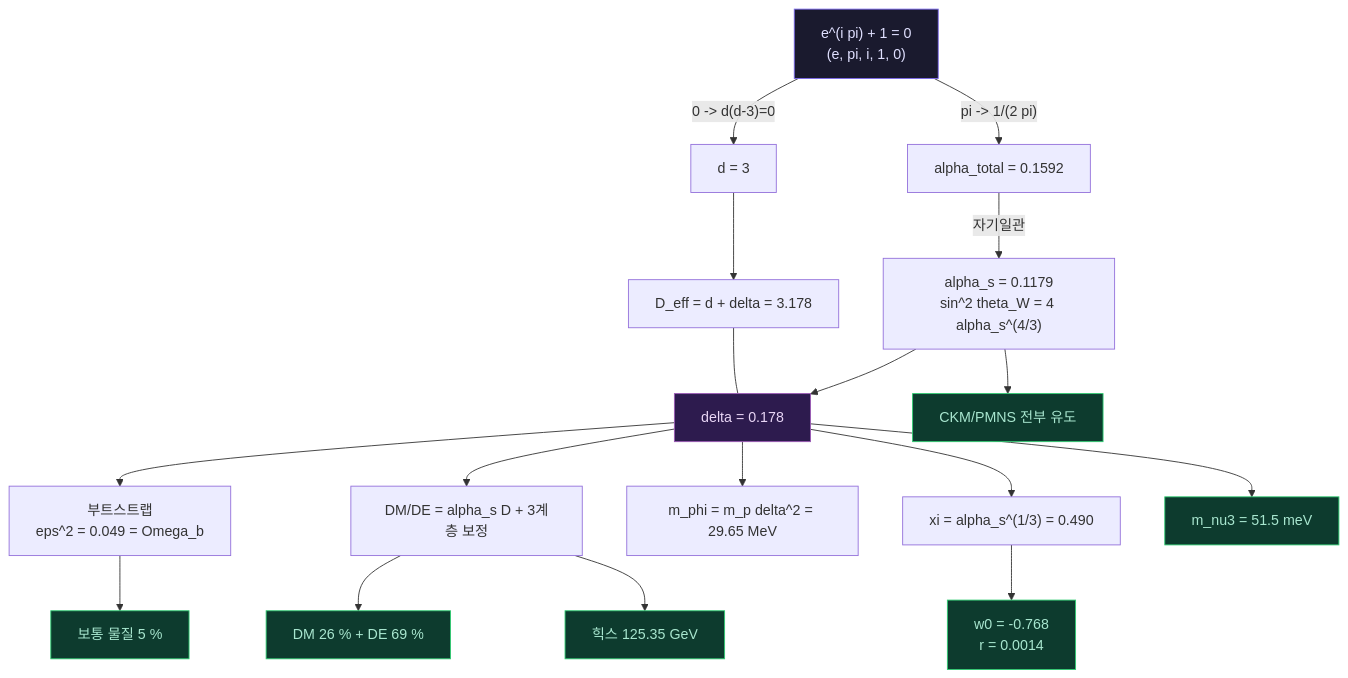
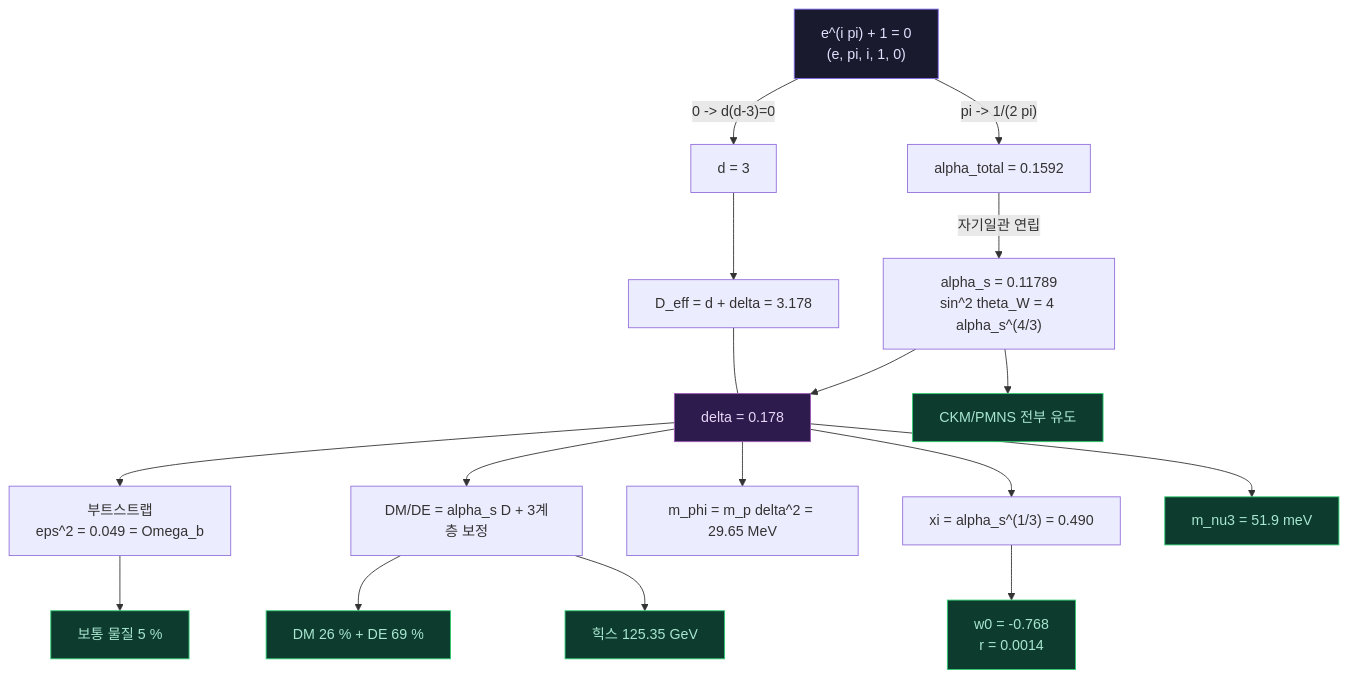
Before and after one commit to jigglypop/CE-BRAIN: the diagram in README.md, drawn with Mermaid. The commit also changed other lines of this file and 6 other files, not shown here.

````diff
--- a/README.md
+++ b/README.md
@@ -196,34 +180,34 @@
 ```mermaid
 graph TD
     E["e^(i pi) + 1 = 0<br/>(e, pi, i, 1, 0)"]
 
     E -->|"0 -> d(d-3)=0"| D["d = 3"]
     E -->|"pi -> 1/(2 pi)"| A["alpha_total = 0.1592"]
 
-    A -->|"자기일관"| AS["alpha_s = 0.1179<br/>sin^2 theta_W = 4 alpha_s^(4/3)"]
+    A -->|"자기일관 연립"| AS["alpha_s = 0.11789<br/>sin^2 theta_W = 4 alpha_s^(4/3)"]
 
     D --> DEFF["D_eff = d + delta = 3.178"]
     AS --> DELTA["delta = 0.178"]
     DEFF --- DELTA
 
     DELTA --> BS["부트스트랩<br/>eps^2 = 0.049 = Omega_b"]
     DELTA --> QCD["DM/DE = alpha_s D + 3계층 보정"]
     DELTA --> MASS["m_phi = m_p delta^2 = 29.65 MeV"]
     DELTA --> XI["xi = alpha_s^(1/3) = 0.490"]
 
     BS --> OB["보통 물질 5 %"]
     QCD --> DM["DM 26 % + DE 69 %"]
     QCD --> MH["힉스 125.35 GeV"]
     XI --> W0["w0 = -0.768<br/>r = 0.0014"]
     AS --> CKM["CKM/PMNS 전부 유도"]
-    DELTA --> NU["m_nu3 = 51.5 meV"]
+    DELTA --> NU["m_nu3 = 51.9 meV"]
 
     style E fill:#1a1a2e,color:#e0e0ff,stroke:#7b68ee
     style DELTA fill:#2d1b4e,color:#e8d5f5,stroke:#9b59b6
     style OB fill:#0d3b2e,color:#a8e6cf,stroke:#2ecc71
     style DM fill:#0d3b2e,color:#a8e6cf,stroke:#2ecc71
     style MH fill:#0d3b2e,color:#a8e6cf,stroke:#2ecc71
     style NU fill:#0d3b2e,color:#a8e6cf,stroke:#2ecc71
     style W0 fill:#0d3b2e,color:#a8e6cf,stroke:#2ecc71
     style CKM fill:#0d3b2e,color:#a8e6cf,stroke:#2ecc71
 ```
````
